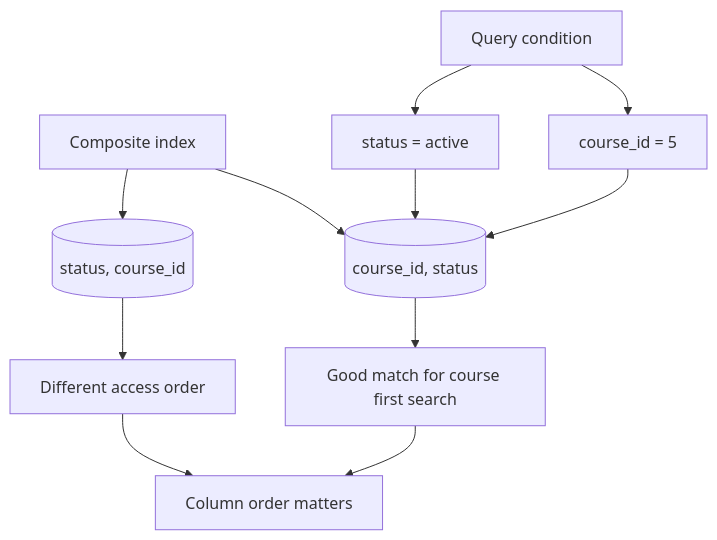
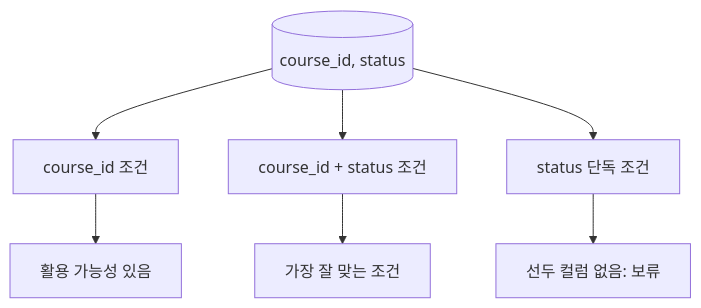
One commit to GilbertMoon/ai-database-book changed the diagram in images/chapter10/ch10_06_composite_index_order.mmd. Above: the diagram before and after it, drawn with Mermaid. The commit also changed 47 other files, not shown here.

Commit message:
Revise Chapters 10 and 11 content and diagrams

```diff
--- a/images/chapter10/ch10_06_composite_index_order.mmd
+++ b/images/chapter10/ch10_06_composite_index_order.mmd
@@ -1,15 +1,7 @@
 flowchart TB
-    A[Composite index] --> B[(course_id, status)]
-    A --> C[(status, course_id)]
-
-    D[Query condition] --> E[course_id = 5]
-    D --> F[status = active]
-
-    E --> B
-    F --> B
-
-    B --> G[Good match for course first search]
-    C --> H[Different access order]
-
-    G --> I[Column order matters]
-    H --> I
+    A[(course_id, status)] --> B[course_id 조건]
+    A --> C[course_id + status 조건]
+    A --> D[status 단독 조건]
+    B --> E[활용 가능성 있음]
+    C --> F[가장 잘 맞는 조건]
+    D --> G[선두 컬럼 없음: 보류]
```
